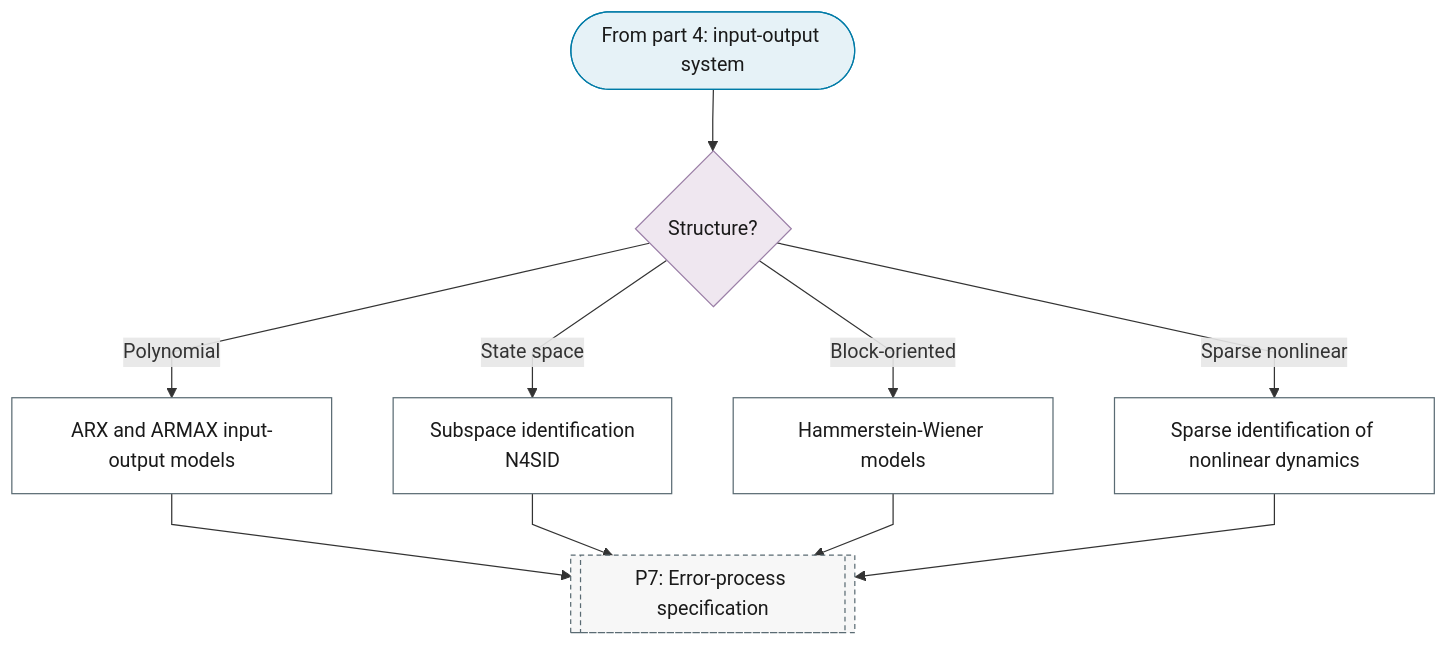
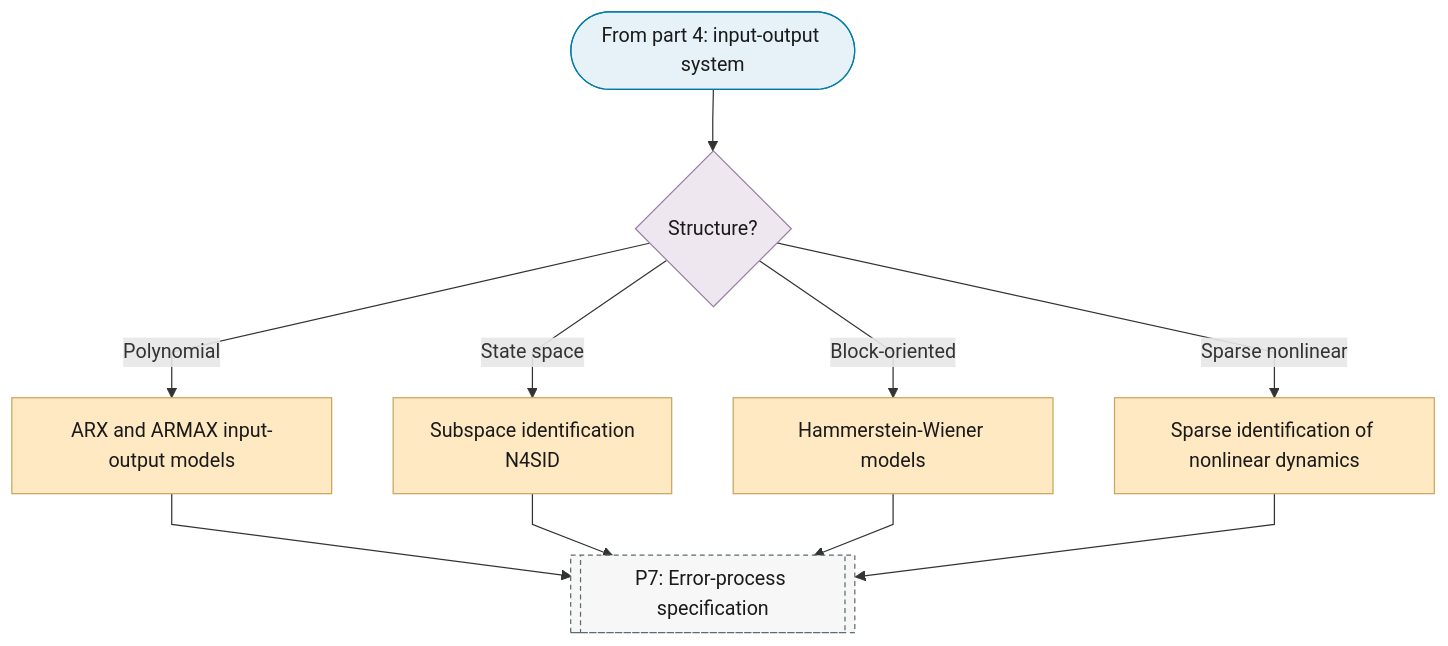
Before and after one commit to Shuxin-Y/time-series-analysis-manual: the eighth of 10 diagrams in docs/01-workflow/p06-mean-model-class.md, drawn with Mermaid. The commit also changed other lines of this file and 1 other file, not shown here.

First line of the commit message:
style(flowchart): P6 model and P8 estimator leaves keep the escalate outcome class

````diff
--- a/docs/01-workflow/p06-mean-model-class.md
+++ b/docs/01-workflow/p06-mean-model-class.md
@@ -213,22 +214,22 @@
 ```mermaid
 %%{init: {"flowchart": {"curve": "linear"}}}%%
 graph TD
     P6_PART_8_IN(["From part 4: input-output system"]) --> P6_IO_STRUCTURE{"Structure?"}
     P6_IO_STRUCTURE -->|"Polynomial"| P6_ARX_ARMAX["ARX and ARMAX input-output models"]
     P6_IO_STRUCTURE -->|"State space"| P6_SUBSPACE["Subspace identification<br/>N4SID"]
     P6_IO_STRUCTURE -->|"Block-oriented"| P6_HAMMERSTEIN_WIENER["Hammerstein-Wiener models"]
     P6_IO_STRUCTURE -->|"Sparse nonlinear"| P6_SINDY["Sparse identification of nonlinear dynamics"]
     P6_ARX_ARMAX & P6_SUBSPACE & P6_HAMMERSTEIN_WIENER & P6_SINDY --> P7[["P7: Error-process specification"]]
+    class P6_ARX_ARMAX,P6_SUBSPACE,P6_HAMMERSTEIN_WIENER,P6_SINDY escalate
     class P6_PART_8_IN terminator
     class P6_IO_STRUCTURE decision
-    class P6_ARX_ARMAX,P6_SUBSPACE,P6_HAMMERSTEIN_WIENER,P6_SINDY process
     class P7 ref
     classDef terminator fill:#E6F2F7,stroke:#007BA7,color:#1A1A1A;
     classDef process fill:#FFFFFF,stroke:#5A6B73,color:#1A1A1A;
     classDef decision fill:#EFE7F0,stroke:#9B7FA7,color:#1A1A1A;
     classDef data fill:#FFF4E0,stroke:#C9A55E,color:#1A1A1A;
     classDef good fill:#DCEFD8,stroke:#4A7A3F,color:#1A1A1A;
     classDef escalate fill:#FFE9C2,stroke:#C9A55E,color:#1A1A1A;
     classDef problem fill:#F2D9DE,stroke:#800020,color:#1A1A1A;
     classDef ref fill:#F7F7F7,stroke:#5A6B73,color:#1A1A1A,stroke-dasharray:4 3;
 ```
````
